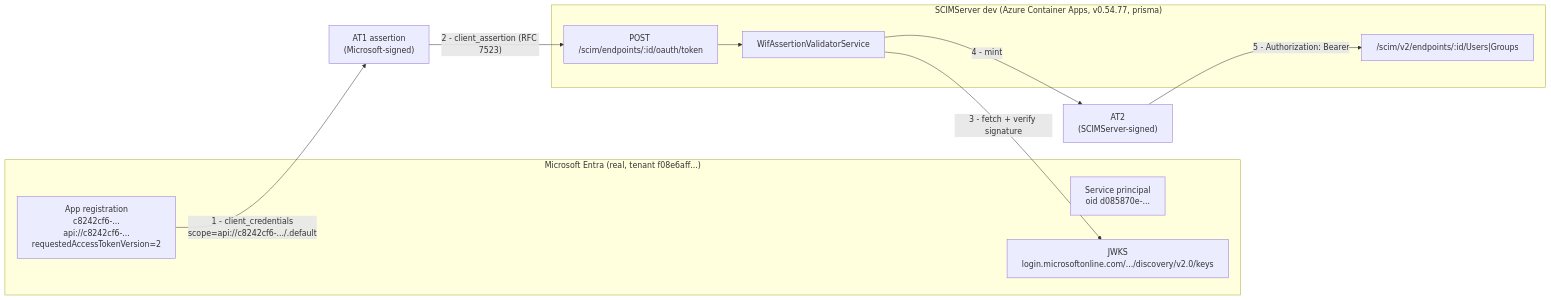
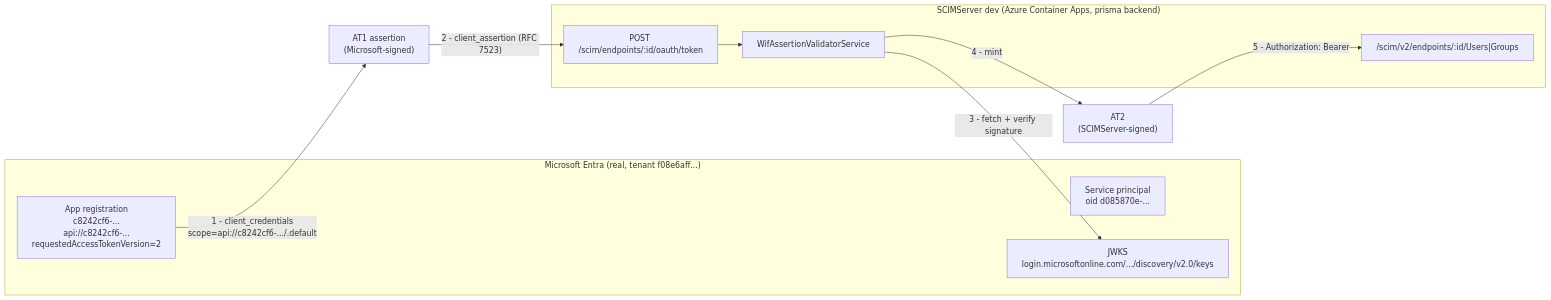
One commit to pranems/SCIMServer changed the first of 5 diagrams in docs/auth/WIF_END_TO_END_PROOF_AND_AUTH_METHOD_REFERENCE.md. Above: the diagram before and after it, drawn with Mermaid. The commit also changed other lines of this file and 3 other files, not shown here.

````diff
--- a/docs/auth/WIF_END_TO_END_PROOF_AND_AUTH_METHOD_REFERENCE.md
+++ b/docs/auth/WIF_END_TO_END_PROOF_AND_AUTH_METHOD_REFERENCE.md
@@ -66,19 +70,19 @@
 ```mermaid
 flowchart LR
     subgraph MS["Microsoft Entra (real, tenant f08e6aff...)"]
         APP["App registration<br/>c8242cf6-...<br/>api://c8242cf6-...<br/>requestedAccessTokenVersion=2"]
         SP["Service principal<br/>oid d085870e-..."]
         JWKS["JWKS<br/>login.microsoftonline.com/.../discovery/v2.0/keys"]
     end
-    subgraph DEV["SCIMServer dev (Azure Container Apps, v0.54.77, prisma)"]
+    subgraph DEV["SCIMServer dev (Azure Container Apps, prisma backend)"]
         TOK["POST /scim/endpoints/:id/oauth/token"]
         VAL["WifAssertionValidatorService"]
         SCIM["/scim/v2/endpoints/:id/Users|Groups"]
     end
     APP -->|"1 - client_credentials<br/>scope=api://c8242cf6-.../.default"| AT1["AT1 assertion<br/>(Microsoft-signed)"]
     AT1 -->|"2 - client_assertion (RFC 7523)"| TOK
     TOK --> VAL
     VAL -->|"3 - fetch + verify signature"| JWKS
     VAL -->|"4 - mint"| AT2["AT2<br/>(SCIMServer-signed)"]
     AT2 -->|"5 - Authorization: Bearer"| SCIM
 ```
````
